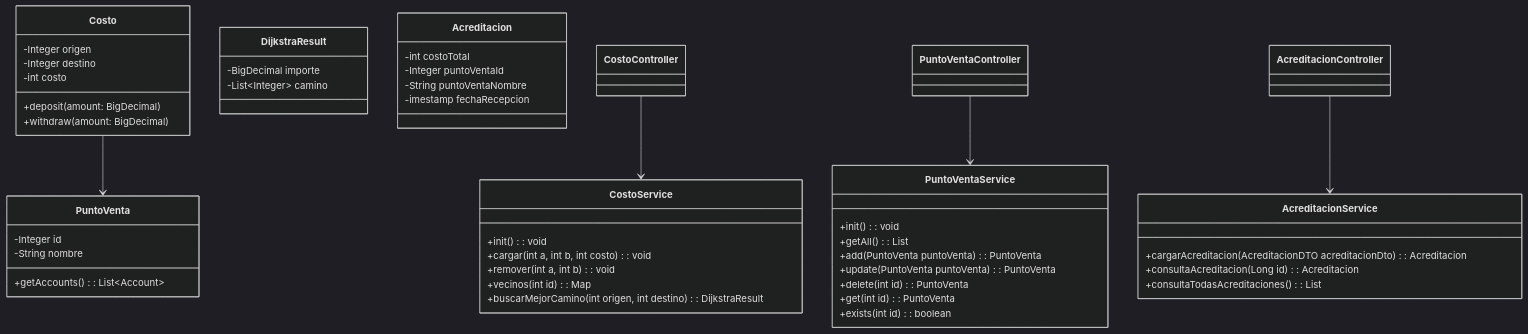
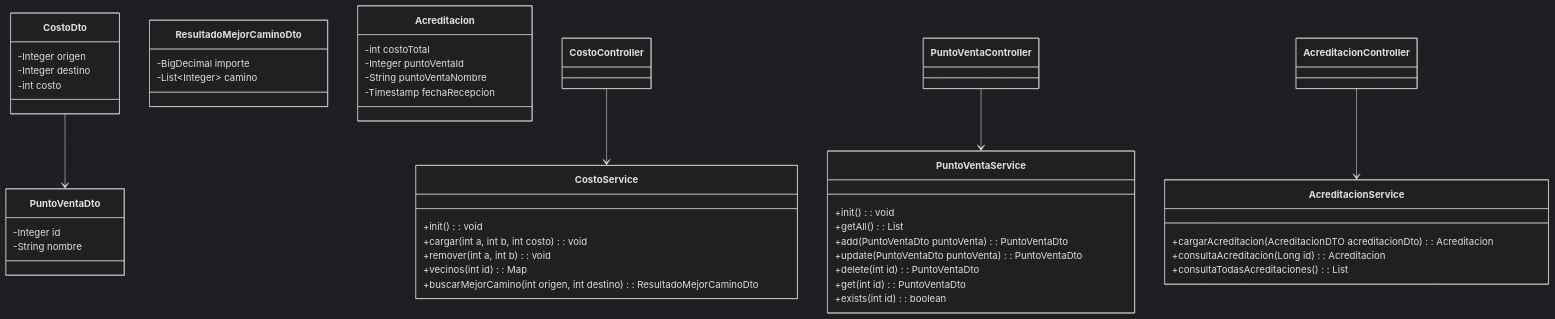
Before and after one commit to FerFormento/challenge: the diagram in docs/diagramas/class-diagram.mmd, drawn with Mermaid (dark theme). The commit also changed 37 other files, not shown here.

```diff
--- a/docs/diagramas/class-diagram.mmd
+++ b/docs/diagramas/class-diagram.mmd
@@ -1,64 +1,61 @@
 classDiagram
     %% Entidades principales
-    class PuntoVenta {
+    class PuntoVentaDto {
         -Integer id
         -String nombre
-        +getAccounts(): List~Account~
     }
 
-    class Costo {
+    class CostoDto {
         -Integer origen
         -Integer destino
         -int costo
-        +deposit(amount: BigDecimal)
-        +withdraw(amount: BigDecimal)
     }
 
-    class DijkstraResult {
+    class ResultadoMejorCaminoDto {
         -BigDecimal importe
         -List~Integer~ camino
     }
 
     class Acreditacion {
         -int costoTotal
         -Integer puntoVentaId
         -String puntoVentaNombre
-        -imestamp fechaRecepcion
+        -Timestamp fechaRecepcion
     }
 
     %% Servicios
     class CostoService {
         +init(): void
 		+cargar(int a, int b, int costo): void
 		+remover(int a, int b): void
 		+vecinos(int id): Map<Integer, Integer>
-		+buscarMejorCamino(int origen, int destino): DijkstraResult
+		+buscarMejorCamino(int origen, int destino): ResultadoMejorCaminoDto
     }
 
     class PuntoVentaService {
         +init(): void
-		+getAll(): List<PuntoVenta>
-		+add(PuntoVenta puntoVenta): PuntoVenta
-		+update(PuntoVenta puntoVenta): PuntoVenta
-		+delete(int id): PuntoVenta
-		+get(int id): PuntoVenta
+		+getAll(): List<PuntoVentaDto>
+		+add(PuntoVentaDto puntoVenta): PuntoVentaDto
+		+update(PuntoVentaDto puntoVenta): PuntoVentaDto
+		+delete(int id): PuntoVentaDto
+		+get(int id): PuntoVentaDto
 		+exists(int id): boolean
     }
 
     class AcreditacionService {
         +cargarAcreditacion(AcreditacionDTO acreditacionDto): Acreditacion
 		+consultaAcreditacion(Long id): Acreditacion
 		+consultaTodasAcreditaciones(): List<Acreditacion>
     }
 
     %% Controladores
     class CostoController
     class PuntoVentaController
     class AcreditacionController
 
     %% Relaciones
-    Costo --> PuntoVenta
+    CostoDto --> PuntoVentaDto
 
     CostoController --> CostoService
     PuntoVentaController --> PuntoVentaService
     AcreditacionController --> AcreditacionService
```
